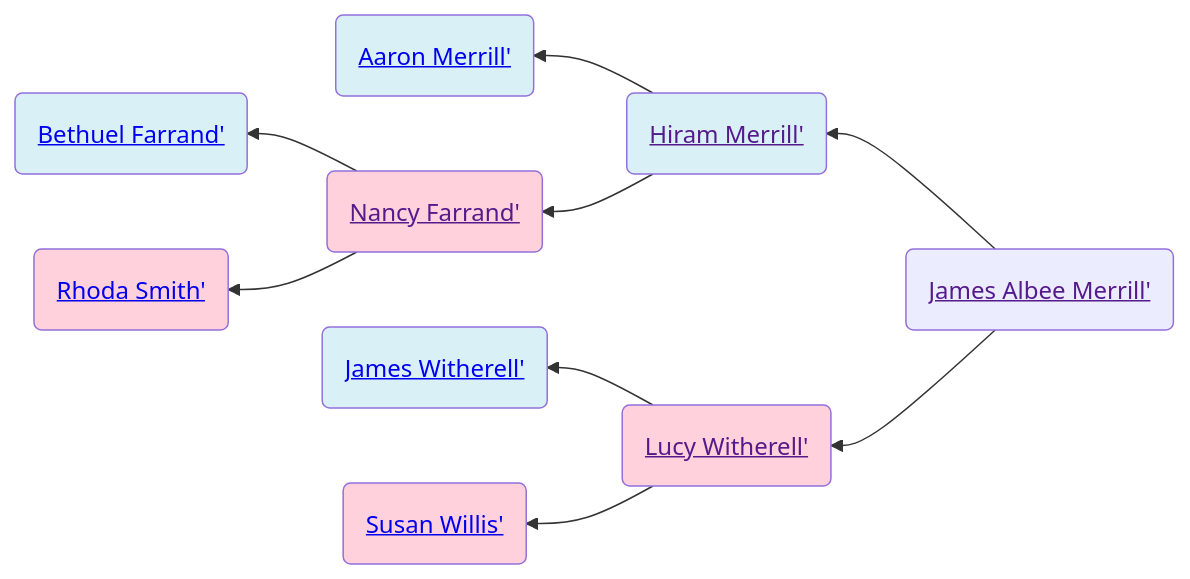
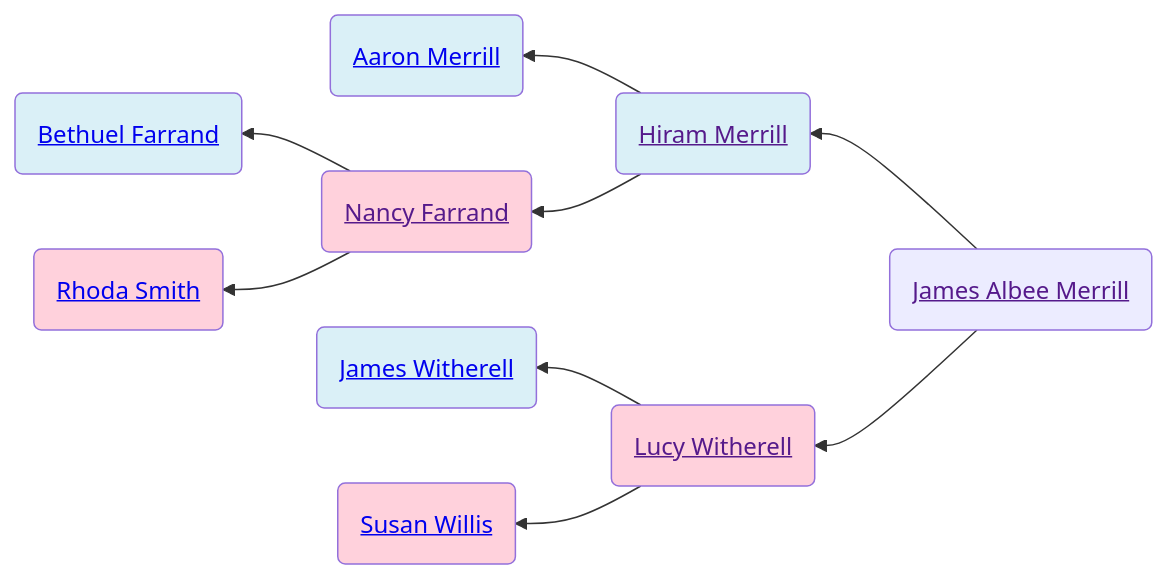
Before and after one commit to neelsmith/avocational: the first of 2 diagrams in familyhistory/sources/people/Merrill-line/James_Albee_Merrill.qmd, drawn with Mermaid. The commit also changed other lines of this file and 96 other files, not shown here.

````diff
--- a/familyhistory/sources/people/Merrill-line/James_Albee_Merrill.qmd
+++ b/familyhistory/sources/people/Merrill-line/James_Albee_Merrill.qmd
@@ -26,24 +26,24 @@
 ```{mermaid}
 graph RL
 %% RL ancestor diagram
-James_Albee_Merrill(<a href=''>James Albee Merrill'</>) -->  Hiram_Merrill(<a href='./Hiram_Merrill.html'>Hiram Merrill'</>)
-Hiram_Merrill(<a href=''>Hiram Merrill'</>) -->  Aaron_Merrill(<a href='./Aaron_Merrill.html'>Aaron Merrill'</>)
+James_Albee_Merrill(<a href=''>James Albee Merrill</a>) -->  Hiram_Merrill(<a href='./Hiram_Merrill.html'>Hiram Merrill</a>)
+Hiram_Merrill(<a href=''>Hiram Merrill</a>) -->  Aaron_Merrill(<a href='./Aaron_Merrill.html'>Aaron Merrill</a>)
 class Aaron_Merrill father
-Hiram_Merrill(<a href=''>Hiram Merrill'</>)  --> Nancy_Farrand(<a href='./Nancy_Farrand.html'>Nancy Farrand'</>)
-Nancy_Farrand(<a href=''>Nancy Farrand'</>) -->  Bethuel_Farrand(<a href='./White-line/Grandey/Bethuel_Farrand.html'>Bethuel Farrand'</>)
+Hiram_Merrill(<a href=''>Hiram Merrill</a>)  --> Nancy_Farrand(<a href='./Nancy_Farrand.html'>Nancy Farrand</a>)
+Nancy_Farrand(<a href=''>Nancy Farrand</a>) -->  Bethuel_Farrand(<a href='./White-line/Grandey/Bethuel_Farrand.html'>Bethuel Farrand</a>)
 class Bethuel_Farrand father
-Nancy_Farrand(<a href=''>Nancy Farrand'</>)  --> Rhoda_Smith(<a href='./Rhoda_Smith.html'>Rhoda Smith'</>)
+Nancy_Farrand(<a href=''>Nancy Farrand</a>)  --> Rhoda_Smith(<a href='./Rhoda_Smith.html'>Rhoda Smith</a>)
 class Rhoda_Smith mother
 class Nancy_Farrand mother
 class Hiram_Merrill father
-James_Albee_Merrill(<a href=''>James Albee Merrill'</>)  --> Lucy_Witherell(<a href='./Lucy_Witherell.html'>Lucy Witherell'</>)
-Lucy_Witherell(<a href=''>Lucy Witherell'</>) -->  James_Witherell(<a href='./James_Witherell.html'>James Witherell'</>)
+James_Albee_Merrill(<a href=''>James Albee Merrill</a>)  --> Lucy_Witherell(<a href='./Lucy_Witherell.html'>Lucy Witherell</a>)
+Lucy_Witherell(<a href=''>Lucy Witherell</a>) -->  James_Witherell(<a href='./James_Witherell.html'>James Witherell</a>)
 class James_Witherell father
-Lucy_Witherell(<a href=''>Lucy Witherell'</>)  --> Susan_Willis(<a href='./Willis-line/Susan_Willis.html'>Susan Willis'</>)
+Lucy_Witherell(<a href=''>Lucy Witherell</a>)  --> Susan_Willis(<a href='./Willis-line/Susan_Willis.html'>Susan Willis</a>)
 class Susan_Willis mother
 class Lucy_Witherell mother
 classDef mother fill:#ffd1dc
 classDef father fill:#daf0f7  
 classDef marriage fill:#ffffff
 
 ```
````
